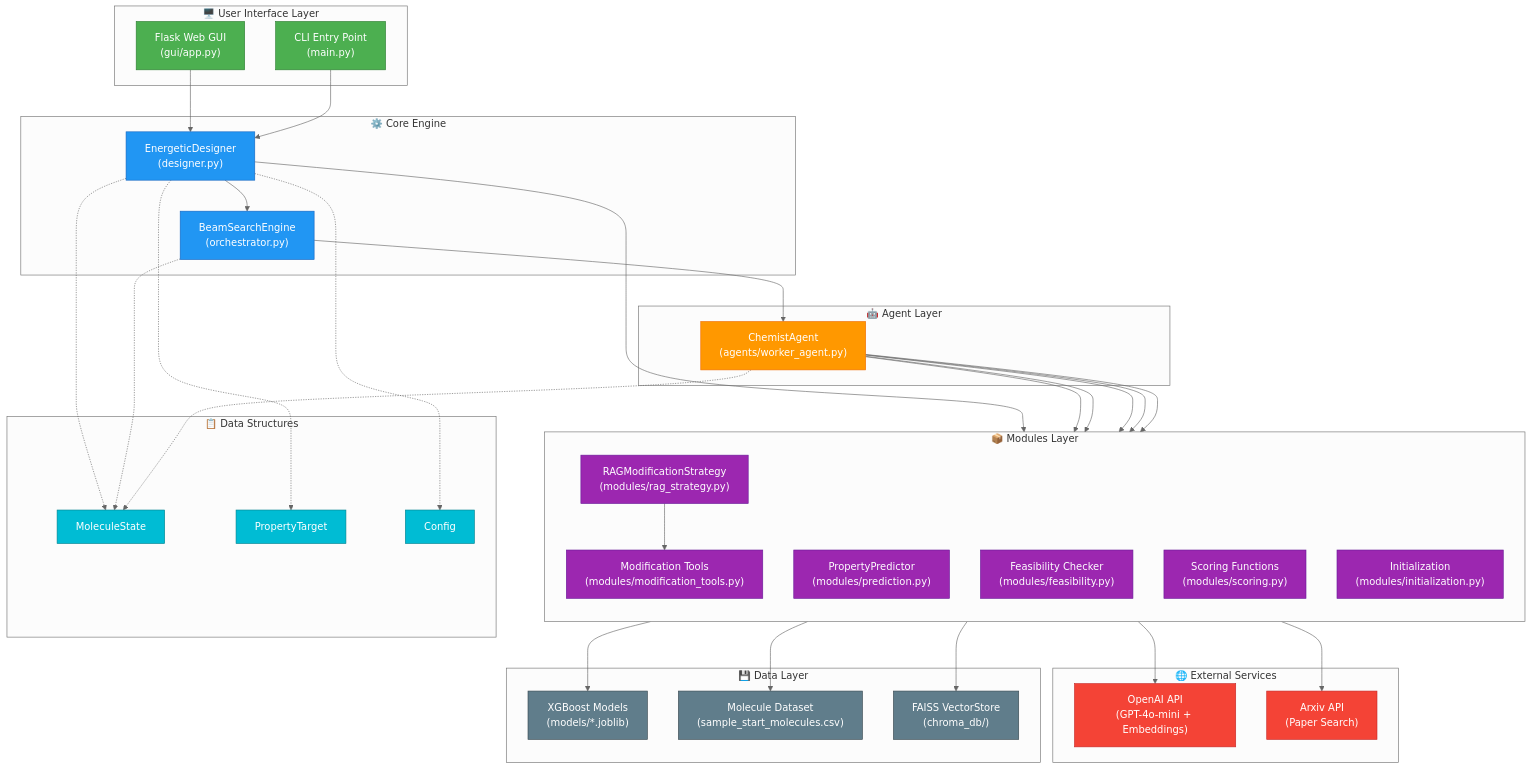
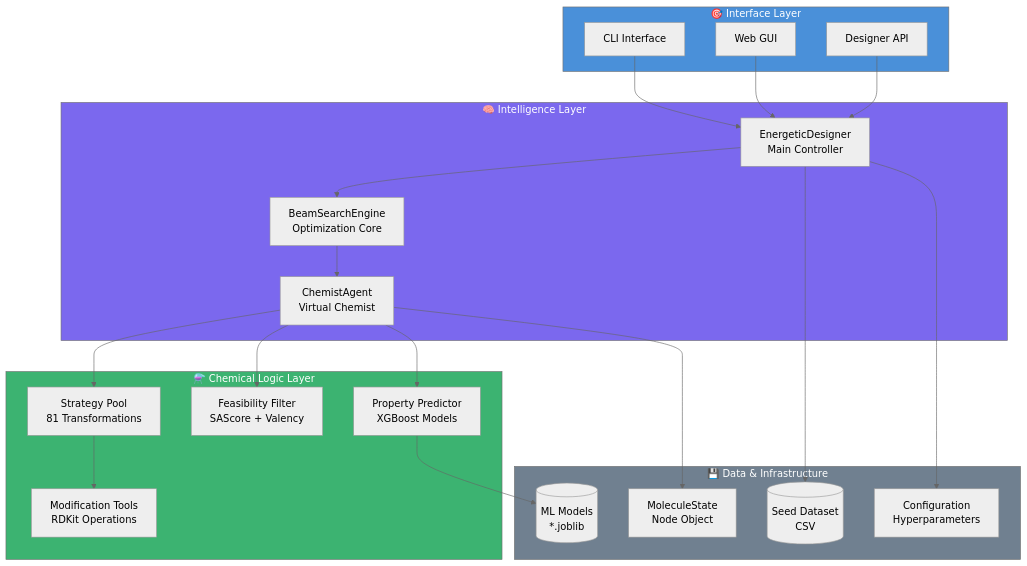
One commit to josefberman/EnergeticGraph changed the first of 17 diagrams in docs/system_design.md. Above: the diagram before and after it, drawn with Mermaid (neutral theme). The commit also changed other lines of this file and 6 other files, not shown here.

Commit message:
refactor: Update scoring and feasibility metrics to use normalized SAScore; enhance documentation and comments for clarity on scoring components and feasibility calculations.

````diff
--- a/docs/system_design.md
+++ b/docs/system_design.md
@@ -9,92 +21,50 @@
 ```mermaid
 flowchart TB
-    subgraph User_Interface["🖥️ User Interface Layer"]
-        GUI["Flask Web GUI<br/>(gui/app.py)"]
-        CLI["CLI Entry Point<br/>(main.py)"]
+    subgraph Interface["🎯 Interface Layer"]
+        CLI[CLI Interface]
+        GUI[Web GUI]
+        API[Designer API]
     end
-
-    subgraph Core_Engine["⚙️ Core Engine"]
-        Designer["EnergeticDesigner<br/>(designer.py)"]
-        Orchestrator["BeamSearchEngine<br/>(orchestrator.py)"]
+    
+    subgraph Orchestration["🧠 Intelligence Layer"]
+        Designer[EnergeticDesigner<br/>Main Controller]
+        BeamEngine[BeamSearchEngine<br/>Optimization Core]
+        ChemistAgent[ChemistAgent<br/>Virtual Chemist]
     end
-
-    subgraph Agents["🤖 Agent Layer"]
-        WorkerAgent["ChemistAgent<br/>(agents/worker_agent.py)"]
+    
+    subgraph Chemical["⚗️ Chemical Logic Layer"]
+        StrategyPool[Strategy Pool<br/>81 Transformations]
+        Feasibility[Feasibility Filter<br/>SAScore + Valency]
+        Predictor[Property Predictor<br/>XGBoost Models]
+        ModTools[Modification Tools<br/>RDKit Operations]
     end
-
-    subgraph Modules["📦 Modules Layer"]
-        direction TB
-        RAG["RAGModificationStrategy<br/>(modules/rag_strategy.py)"]
-        ModTools["Modification Tools<br/>(modules/modification_tools.py)"]
-        Prediction["PropertyPredictor<br/>(modules/prediction.py)"]
-        Feasibility["Feasibility Checker<br/>(modules/feasibility.py)"]
-        Scoring["Scoring Functions<br/>(modules/scoring.py)"]
-        Init["Initialization<br/>(modules/initialization.py)"]
+    
+    subgraph Data["💾 Data & Infrastructure"]
+        MolState[MoleculeState<br/>Node Object]
+        Config[Configuration<br/>Hyperparameters]
+        Models[(ML Models<br/>*.joblib)]
+        Dataset[(Seed Dataset<br/>CSV)]
     end
-
-    subgraph External["🌐 External Services"]
-        OpenAI["OpenAI API<br/>(GPT-4o-mini + Embeddings)"]
-        Arxiv["Arxiv API<br/>(Paper Search)"]
-    end
-
-    subgraph Data["💾 Data Layer"]
-        Models["XGBoost Models<br/>(models/*.joblib)"]
-        Dataset["Molecule Dataset<br/>(sample_start_molecules.csv)"]
-        ChromaDB["FAISS VectorStore<br/>(chroma_db/)"]
-    end
-
-    subgraph DataStructures["📋 Data Structures"]
-        MolState["MoleculeState"]
-        PropTarget["PropertyTarget"]
-        Config["Config"]
-    end
-
-    %% User Interface connections
+    
+    CLI --> Designer
     GUI --> Designer
-    CLI --> Designer
-
-    %% Core Engine connections
-    Designer --> Init
-    Designer --> Orchestrator
-    Orchestrator --> WorkerAgent
-
-    %% Agent connections
-    WorkerAgent --> RAG
-    WorkerAgent --> ModTools
-    WorkerAgent --> Prediction
-    WorkerAgent --> Feasibility
-    WorkerAgent --> Scoring
-
-    %% RAG connections
-    RAG --> OpenAI
-    RAG --> Arxiv
-    RAG --> ChromaDB
-    RAG --> ModTools
-
-    %% Module connections to data
-    Prediction --> Models
-    Init --> Dataset
-
-    %% Data structures usage
-    Designer -.-> MolState
-    Designer -.-> PropTarget
-    Designer -.-> Config
-    Orchestrator -.-> MolState
-    WorkerAgent -.-> MolState
-
-    classDef interface fill:#4CAF50,stroke:#2E7D32,color:white
-    classDef core fill:#2196F3,stroke:#1565C0,color:white
-    classDef agent fill:#FF9800,stroke:#EF6C00,color:white
-    classDef module fill:#9C27B0,stroke:#6A1B9A,color:white
-    classDef external fill:#F44336,stroke:#C62828,color:white
-    classDef data fill:#607D8B,stroke:#37474F,color:white
-    classDef structure fill:#00BCD4,stroke:#00838F,color:white
-
-    class GUI,CLI interface
-    class Designer,Orchestrator core
-    class WorkerAgent agent
-    class RAG,ModTools,Prediction,Feasibility,Scoring,Init module
-    class OpenAI,Arxiv external
-    class Models,Dataset,ChromaDB data
-    class MolState,PropTarget,Config structure
+    API --> Designer
+    
+    Designer --> BeamEngine
+    BeamEngine --> ChemistAgent
+    
+    ChemistAgent --> StrategyPool
+    ChemistAgent --> Feasibility
+    ChemistAgent --> Predictor
+    StrategyPool --> ModTools
+    
+    Predictor --> Models
+    Designer --> Dataset
+    ChemistAgent --> MolState
+    Designer --> Config
+    
+    style Interface fill:#4a90d9,color:#fff
+    style Orchestration fill:#7b68ee,color:#fff
+    style Chemical fill:#3cb371,color:#fff
+    style Data fill:#708090,color:#fff
 ```
````
